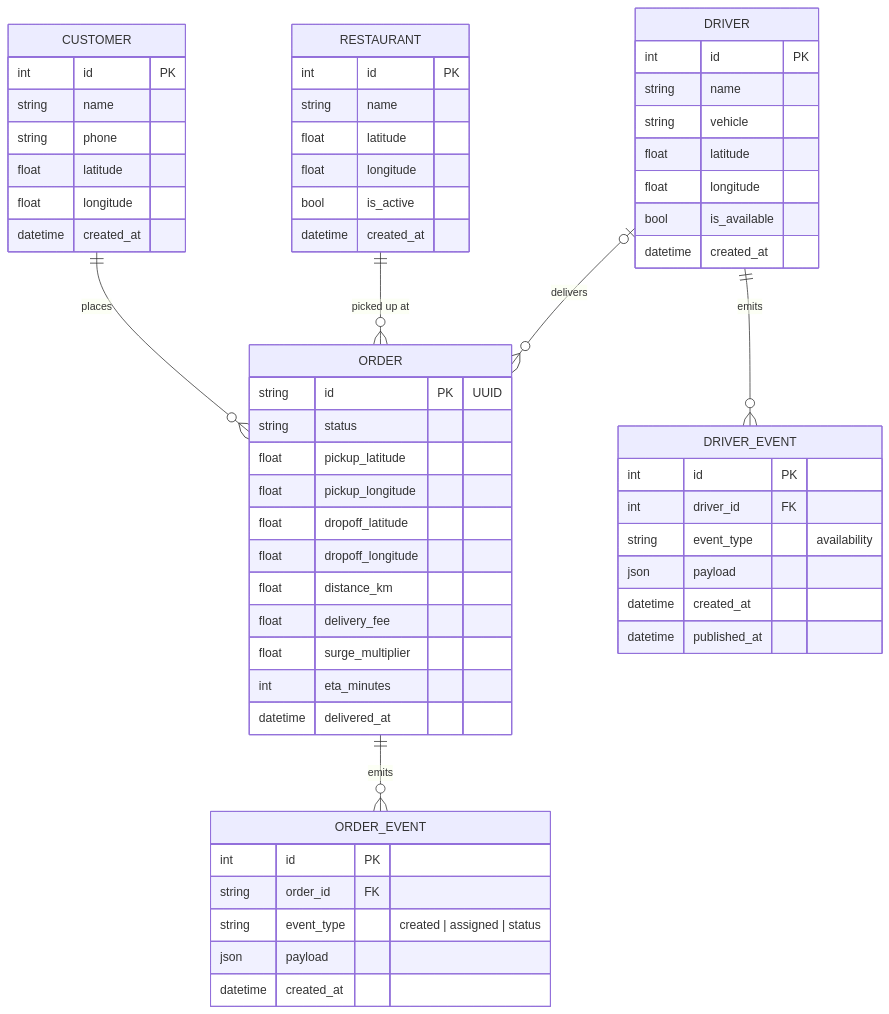
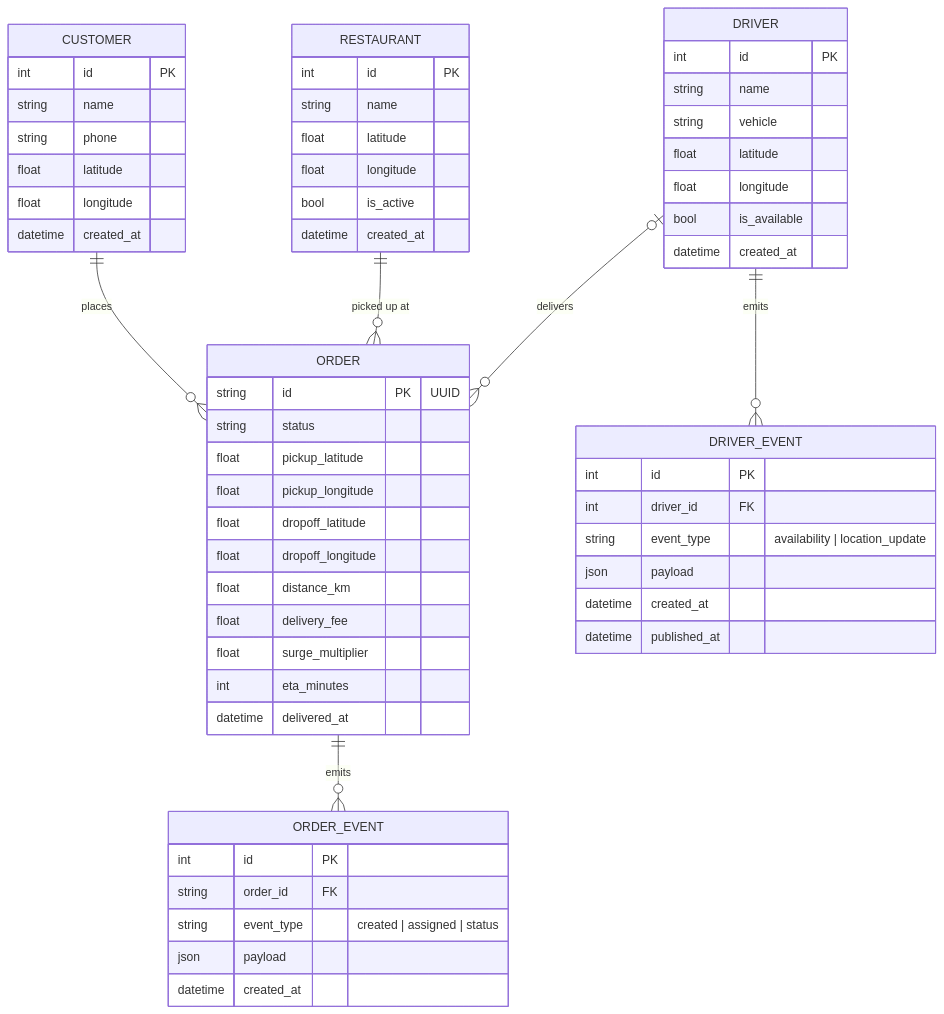
Before and after one commit to SiwarAttia6191/smart-delivery-ops: the first of 2 diagrams in docs/data_model.md, drawn with Mermaid. The commit also changed other lines of this file and 7 other files, not shown here.

Commit message:
docs: phase-3 documentation synced to shipped state (ml README/design, roadmap, worker, api, data model)

````diff
--- a/docs/data_model.md
+++ b/docs/data_model.md
@@ -5,62 +5,62 @@
 ```mermaid
 erDiagram
     CUSTOMER ||--o{ ORDER : places
     RESTAURANT ||--o{ ORDER : "picked up at"
     DRIVER |o--o{ ORDER : delivers
     DRIVER ||--o{ DRIVER_EVENT : emits
     ORDER ||--o{ ORDER_EVENT : emits
 
     CUSTOMER {
         int id PK
         string name
         string phone
         float latitude
         float longitude
         datetime created_at
     }
     RESTAURANT {
         int id PK
         string name
         float latitude
         float longitude
         bool is_active
         datetime created_at
     }
     DRIVER {
         int id PK
         string name
         string vehicle
         float latitude
         float longitude
         bool is_available
         datetime created_at
     }
     ORDER {
         string id PK "UUID"
         string status
         float pickup_latitude
         float pickup_longitude
         float dropoff_latitude
         float dropoff_longitude
         float distance_km
         float delivery_fee
         float surge_multiplier
         int eta_minutes
         datetime delivered_at
     }
     ORDER_EVENT {
         int id PK
         string order_id FK
         string event_type "created | assigned | status"
         json payload
         datetime created_at
     }
     DRIVER_EVENT {
         int id PK
         int driver_id FK
-        string event_type "availability"
+        string event_type "availability | location_update"
         json payload
         datetime created_at
         datetime published_at
     }
 ```
````
